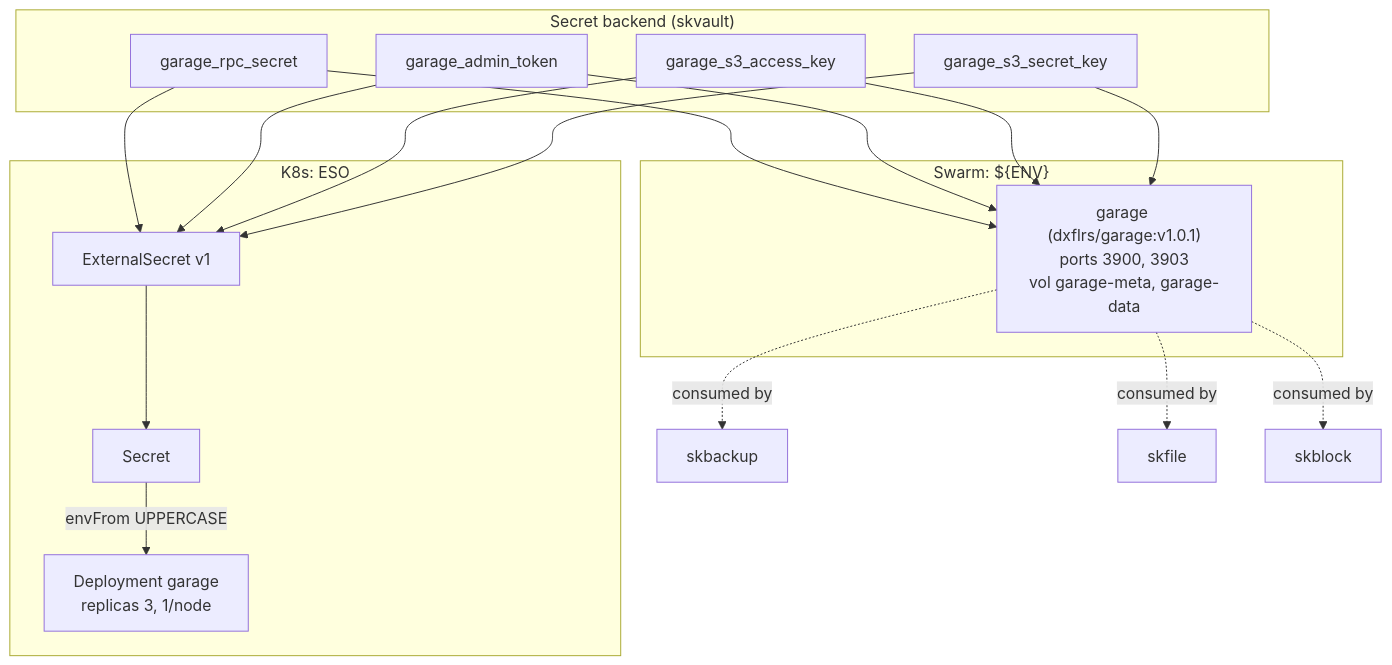
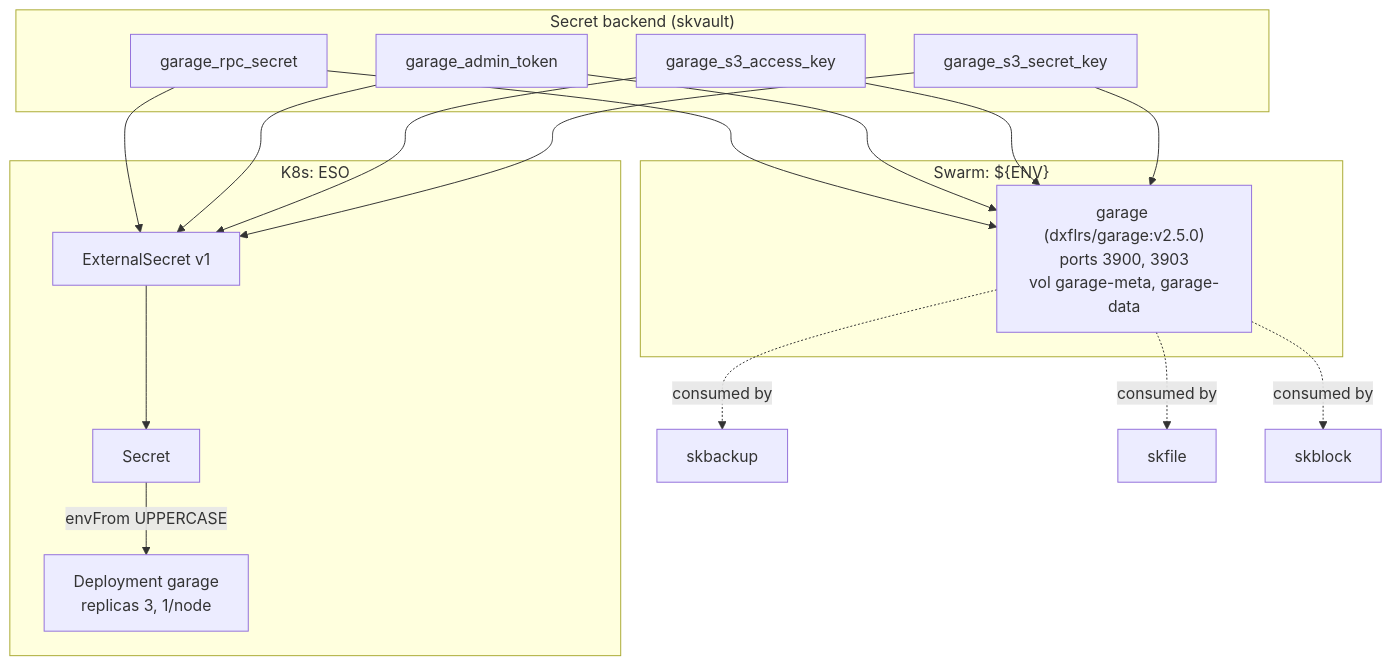
Before and after one commit to smilinTux/skstacks: the diagram in v2/docs/services/skobject.md, drawn with Mermaid. The commit also changed 54 other files, not shown here.

````diff
--- a/v2/docs/services/skobject.md
+++ b/v2/docs/services/skobject.md
@@ -15,20 +15,20 @@
 ```mermaid
 flowchart TB
   subgraph backend["Secret backend (skvault)"]
     S1[garage_rpc_secret]
     S2[garage_admin_token]
     S3[garage_s3_access_key]
     S4[garage_s3_secret_key]
   end
   subgraph swarm["Swarm: ${ENV}"]
-    G["garage (dxflrs/garage:v1.0.1)<br/>ports 3900, 3903<br/>vol garage-meta, garage-data"]
+    G["garage (dxflrs/garage:v2.5.0)<br/>ports 3900, 3903<br/>vol garage-meta, garage-data"]
   end
   subgraph k8s["K8s: ESO"]
     ES[ExternalSecret v1] --> SEC[Secret] -->|envFrom UPPERCASE| G2["Deployment garage<br/>replicas 3, 1/node"]
   end
   S1 & S2 & S3 & S4 --> G
   S1 & S2 & S3 & S4 --> ES
   G -.consumed by.-> skbackup
   G -.consumed by.-> skfile
   G -.consumed by.-> skblock
 ```
````
